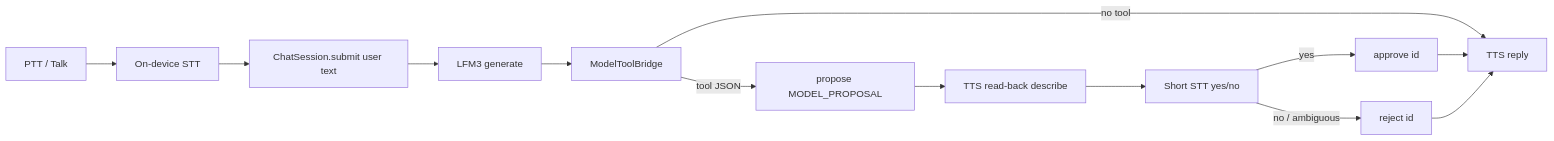
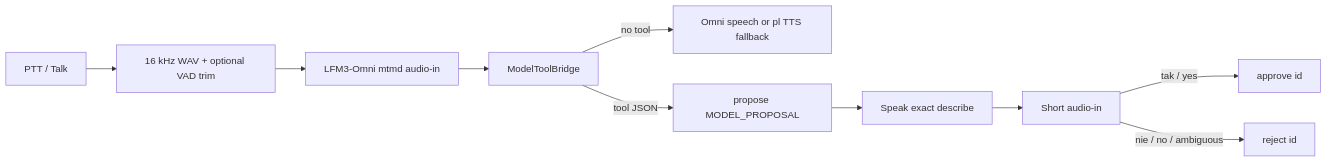
One commit to NotCherry/LFM3Pocket changed the diagram in docs/plans/voice-actions.md. Above: the diagram before and after it, drawn with Mermaid. The commit also changed other lines of this file, not shown here.

First line of the commit message:
Revise voice plan: Omni audio-in, Polish confirm, assistant role.

````diff
--- a/docs/plans/voice-actions.md
+++ b/docs/plans/voice-actions.md
@@ -102,15 +123,12 @@
 ```mermaid
 flowchart LR
-  PTT[PTT / Talk] --> STT[On-device STT]
-  STT --> Submit[ChatSession.submit user text]
-  Submit --> Gen[LFM3 generate]
-  Gen --> Bridge[ModelToolBridge]
-  Bridge -->|no tool| TTS[TTS reply]
+  PTT[PTT / Talk] --> WAV[16 kHz WAV + optional VAD trim]
+  WAV --> Omni[LFM3-Omni mtmd audio-in]
+  Omni --> Bridge[ModelToolBridge]
+  Bridge -->|no tool| Speak[Omni speech or pl TTS fallback]
   Bridge -->|tool JSON| Propose[propose MODEL_PROPOSAL]
-  Propose --> Readback[TTS read-back describe]
-  Readback --> YesNo[Short STT yes/no]
-  YesNo -->|yes| Approve[approve id]
-  YesNo -->|no / ambiguous| Reject[reject id]
-  Approve --> TTS
-  Reject --> TTS
+  Propose --> Readback[Speak exact describe]
+  Readback --> Confirm[Short audio-in]
+  Confirm -->|tak / yes| Approve[approve id]
+  Confirm -->|nie / no / ambiguous| Reject[reject id]
 ```
````
